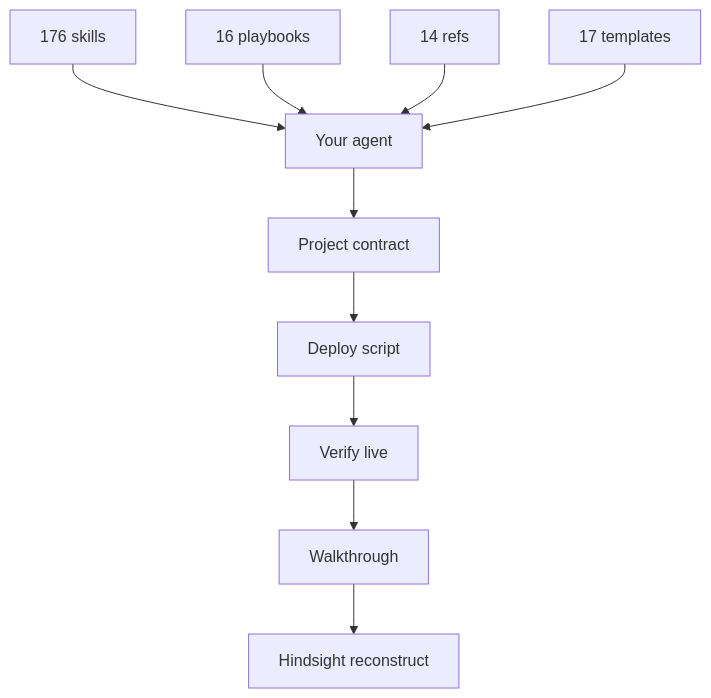
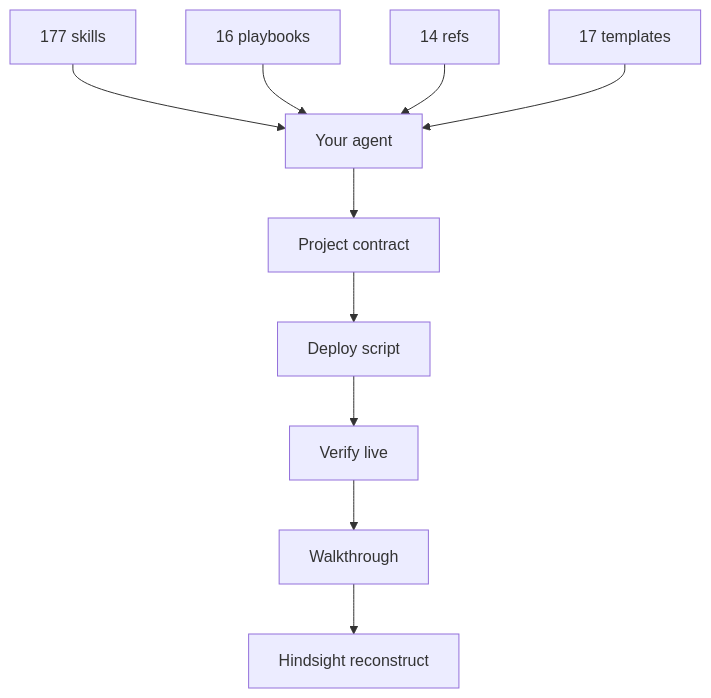
One commit to Nonarkara/dr-non-vibecoding-skills changed the third of 3 diagrams in README.md. Above: the diagram before and after it, drawn with Mermaid. The commit also changed other lines of this file and 9 other files, not shown here.

````diff
--- a/README.md
+++ b/README.md
@@ -451,12 +452,12 @@
 ```mermaid
 flowchart TB
-  S["176 skills"] --> A["Your agent"]
+  S["177 skills"] --> A["Your agent"]
   P["16 playbooks"] --> A
   R["14 refs"] --> A
   T["17 templates"] --> A
   A --> W["Project contract"]
   W --> D["Deploy script"]
   D --> V["Verify live"]
   V --> H["Walkthrough"]
   H --> L["Hindsight reconstruct"]
 ```
````
